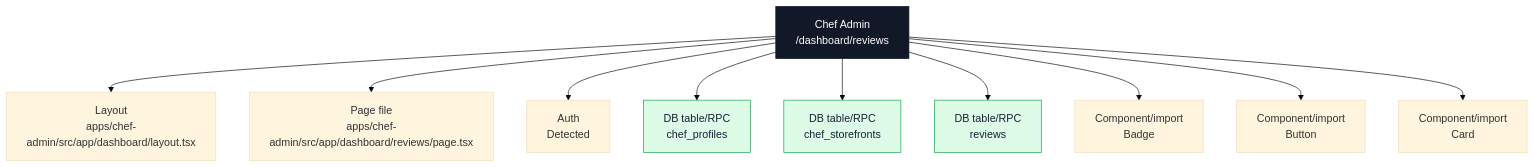
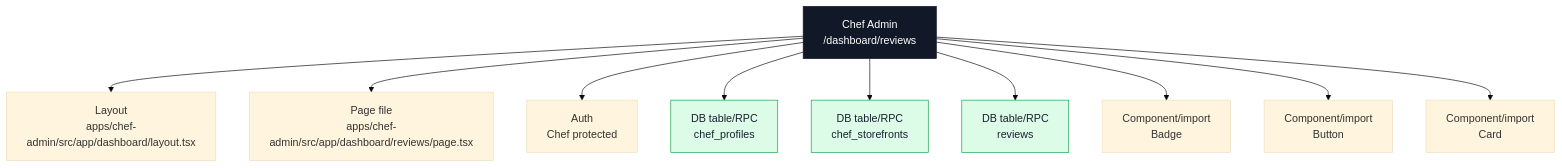
Before and after one commit to Ritenoob/ridendine-marketplace: diagram 11 of 17 in docs/architecture/codebase-map/pages/chef-admin-pages.md, drawn with Mermaid (base theme). The commit also changed other lines of this file and 34 other files, not shown here.

````diff
--- a/docs/architecture/codebase-map/pages/chef-admin-pages.md
+++ b/docs/architecture/codebase-map/pages/chef-admin-pages.md
@@ -763,28 +768,28 @@
 ```mermaid
 flowchart TB
   Page["Chef Admin<br/>/dashboard/reviews"]
   Layout["Layout<br/>apps/chef-admin/src/app/dashboard/layout.tsx"]
   File["Page file<br/>apps/chef-admin/src/app/dashboard/reviews/page.tsx"]
-  Auth["Auth<br/>Detected"]
+  Auth["Auth<br/>Chef protected"]
   Page --> Layout
   Page --> File
   Page --> Auth
   Table0["DB table/RPC<br/>chef_profiles"]
   Page --> Table0
   Table1["DB table/RPC<br/>chef_storefronts"]
   Page --> Table1
   Table2["DB table/RPC<br/>reviews"]
   Page --> Table2
   Component0["Component/import<br/>Badge"]
   Page --> Component0
   Component1["Component/import<br/>Button"]
   Page --> Component1
   Component2["Component/import<br/>Card"]
   Page --> Component2
   classDef page fill:#111827,stroke:#111827,color:#ffffff
   classDef data fill:#dcfce7,stroke:#16a34a,color:#172033
   classDef api fill:#dbeafe,stroke:#2563eb,color:#172033
   classDef warn fill:#fef3c7,stroke:#f59e0b,color:#172033
   class Page page
   class Table0,Table1,Table2 data
 ```
````
